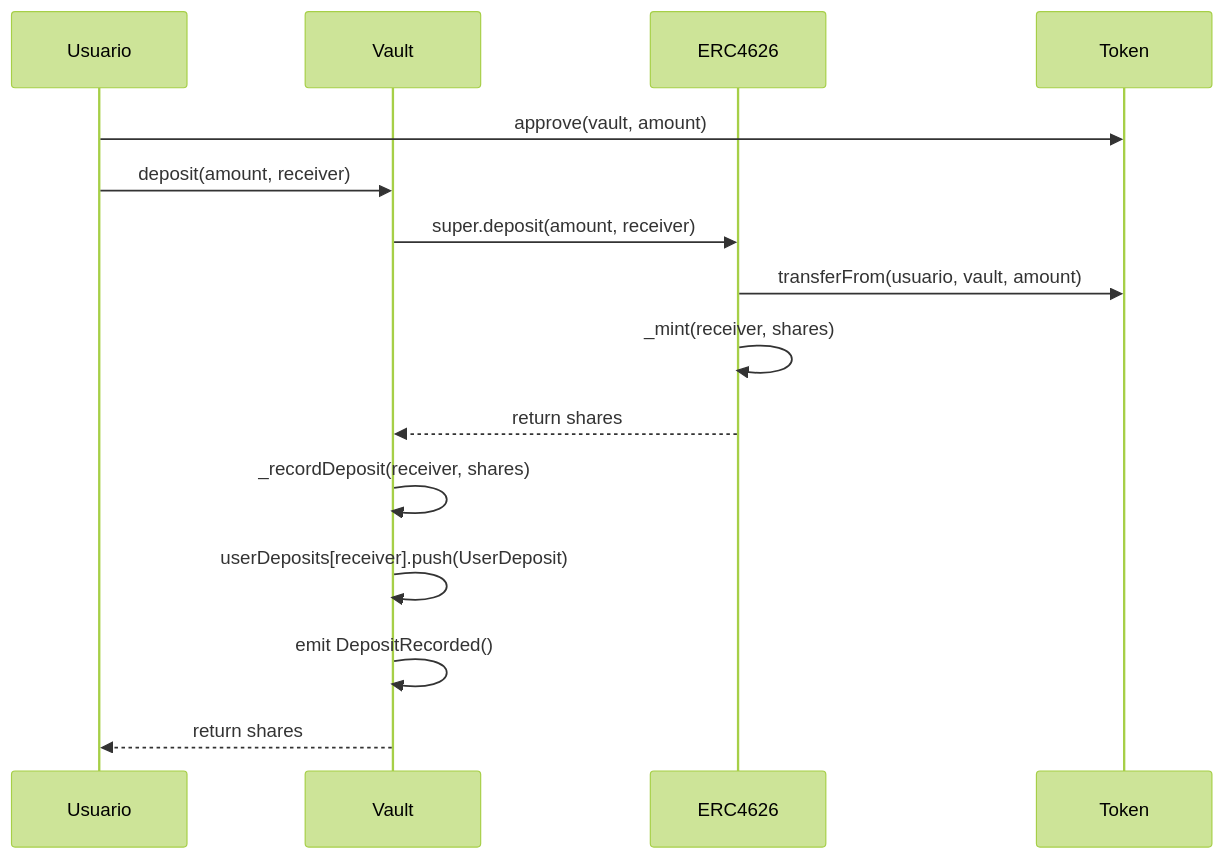
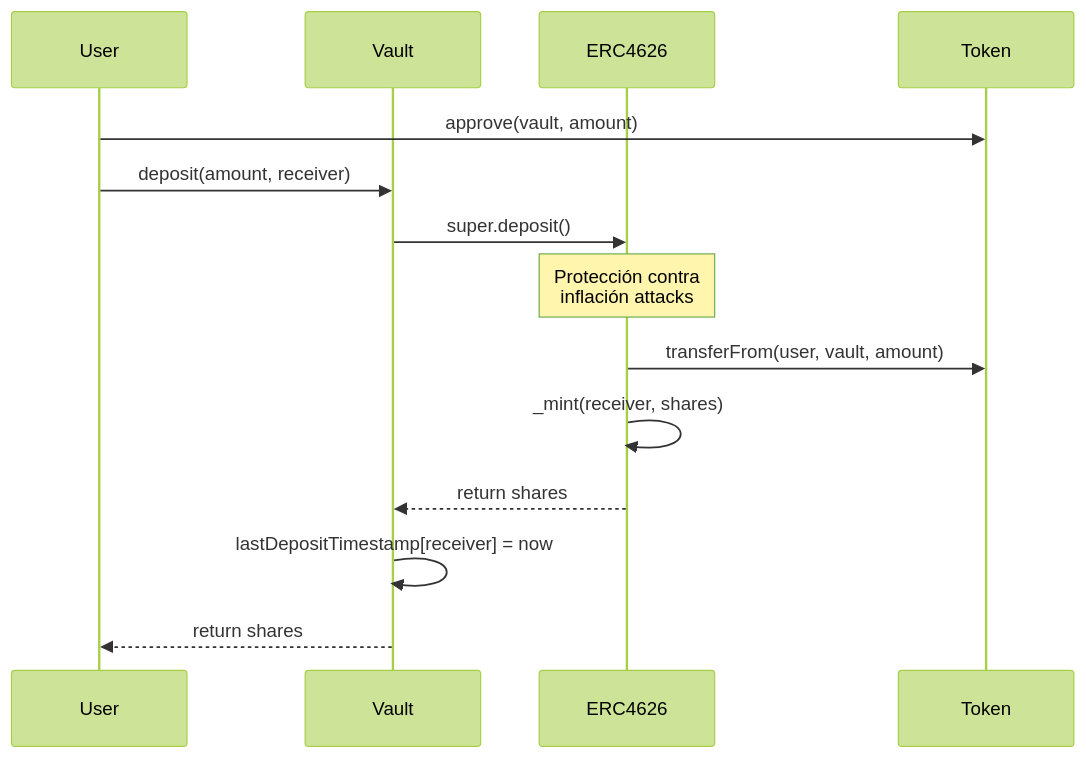
The second of 3 diagrams in docs/es/analisis-seguridad-pelon-staking-vault.md (PelonClub/PelonClub-BaseNetwork-Monorepo), drawn with Mermaid (forest theme) before and after one commit. The commit also changed other lines of this file and 9 other files, not shown here.

````diff
--- a/docs/es/analisis-seguridad-pelon-staking-vault.md
+++ b/docs/es/analisis-seguridad-pelon-staking-vault.md
@@ -628,18 +376,17 @@
 ```mermaid
 sequenceDiagram
-    participant Usuario
+    participant User
     participant Vault
     participant ERC4626
     participant Token
     
-    Usuario->>Token: approve(vault, amount)
-    Usuario->>Vault: deposit(amount, receiver)
-    Vault->>ERC4626: super.deposit(amount, receiver)
-    ERC4626->>Token: transferFrom(usuario, vault, amount)
+    User->>Token: approve(vault, amount)
+    User->>Vault: deposit(amount, receiver)
+    Vault->>ERC4626: super.deposit()
+    Note over ERC4626: Protección contra<br/>inflación attacks
+    ERC4626->>Token: transferFrom(user, vault, amount)
     ERC4626->>ERC4626: _mint(receiver, shares)
     ERC4626-->>Vault: return shares
-    Vault->>Vault: _recordDeposit(receiver, shares)
-    Vault->>Vault: userDeposits[receiver].push(UserDeposit)
-    Vault->>Vault: emit DepositRecorded()
-    Vault-->>Usuario: return shares
+    Vault->>Vault: lastDepositTimestamp[receiver] = now
+    Vault-->>User: return shares
 ```
````
